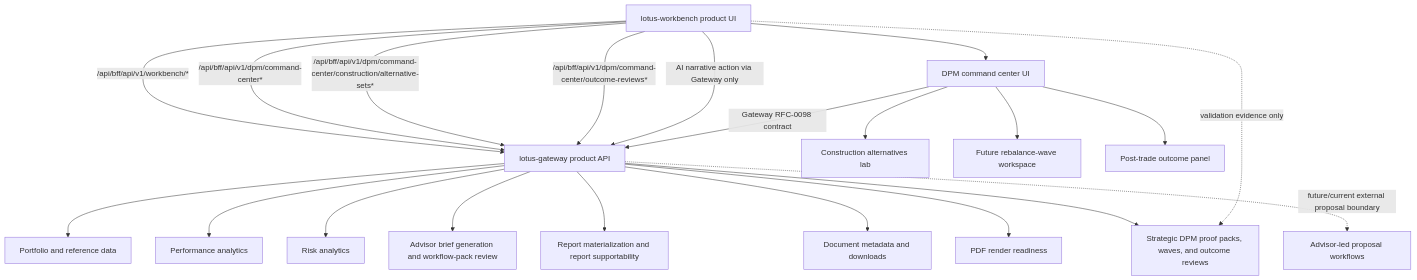
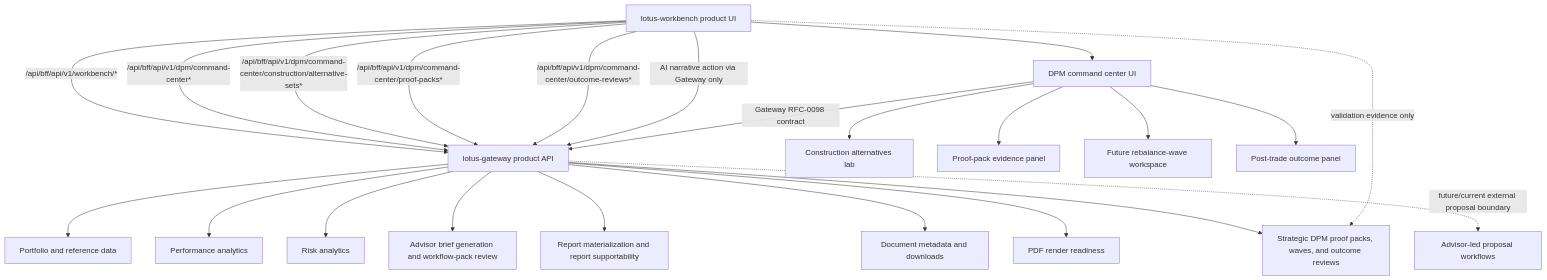
One commit to sgajbi/advisor-workbench changed the diagram in wiki/Integrations.md. Above: the diagram before and after it, drawn with Mermaid. The commit also changed other lines of this file and 23 other files, not shown here.

Commit message:
Implement DPM proof-pack review panel

````diff
--- a/wiki/Integrations.md
+++ b/wiki/Integrations.md
@@ -108,39 +109,42 @@
 ```mermaid
 flowchart TB
   Workbench[lotus-workbench product UI]
   Gateway[lotus-gateway product API]
   Core[Portfolio and reference data]
   Performance[Performance analytics]
   Risk[Risk analytics]
   AI[Advisor brief generation and workflow-pack review]
   Report[Report materialization and report supportability]
   Archive[Document metadata and downloads]
   Render[PDF render readiness]
   Manage[Strategic DPM proof packs, waves, and outcome reviews]
   Construction[Construction alternatives lab]
+  ProofPacks[Proof-pack evidence panel]
   Waves[Future rebalance-wave workspace]
   Outcomes[Post-trade outcome panel]
   Advise[Advisor-led proposal workflows]
   DpmCenter[DPM command center UI]
 
   Workbench -->|/api/bff/api/v1/workbench/*| Gateway
   Workbench --> DpmCenter
   Workbench -->|/api/bff/api/v1/dpm/command-center*| Gateway
   Workbench -->|/api/bff/api/v1/dpm/command-center/construction/alternative-sets*| Gateway
+  Workbench -->|/api/bff/api/v1/dpm/command-center/proof-packs*| Gateway
   Workbench -->|/api/bff/api/v1/dpm/command-center/outcome-reviews*| Gateway
   Workbench -->|AI narrative action via Gateway only| Gateway
   DpmCenter --> Waves
   DpmCenter --> Construction
+  DpmCenter --> ProofPacks
   DpmCenter --> Outcomes
   DpmCenter -->|Gateway RFC-0098 contract| Gateway
   Gateway --> Core
   Gateway --> Performance
   Gateway --> Risk
   Gateway --> AI
   Gateway --> Report
   Gateway --> Archive
   Gateway --> Render
   Gateway --> Manage
   Gateway -. future/current external proposal boundary .-> Advise
   Workbench -. validation evidence only .-> Manage
 ```
````
